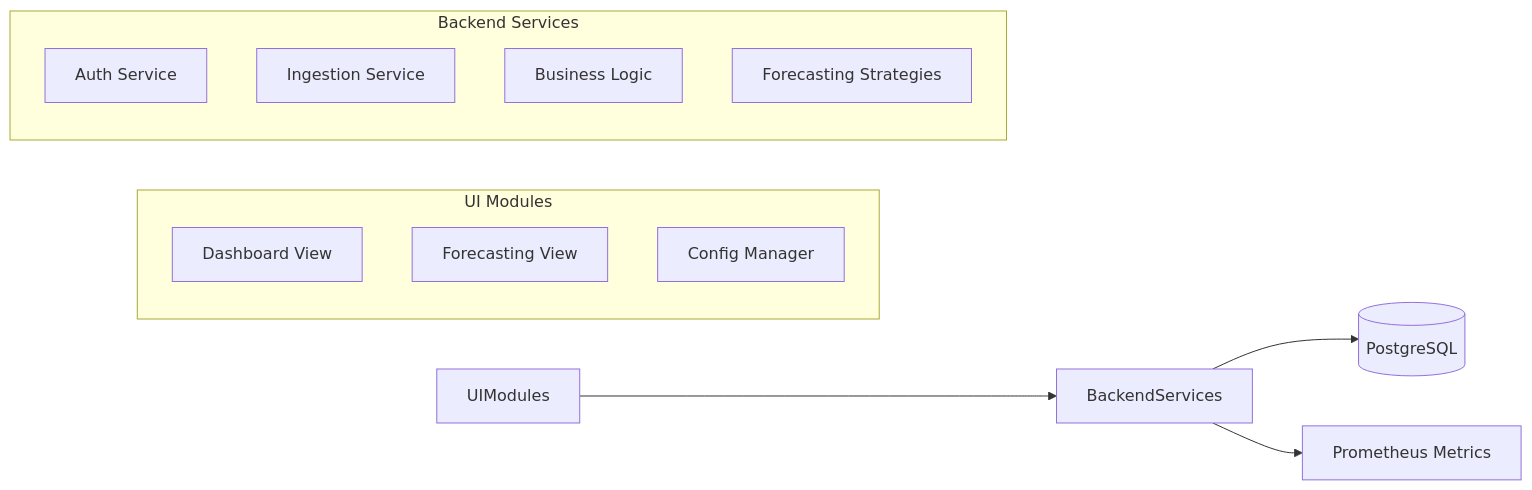
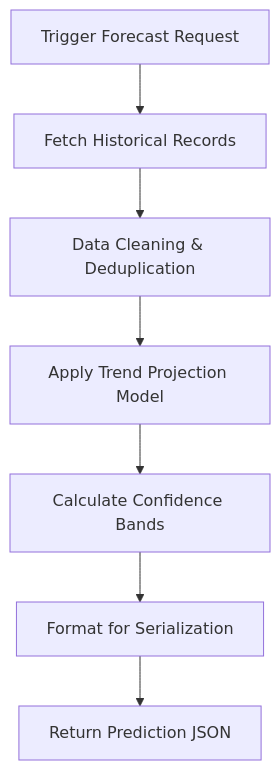
Before and after one commit to Devopstrio/capacity-forecast-dashboard: the third of 6 diagrams in README.md, drawn with Mermaid. The commit also changed other lines of this file, not shown here.

Commit message:
docs: expand readme with detailed architecture diagrams and workflow deep-dives

````diff
--- a/README.md
+++ b/README.md
@@ -48,17 +88,9 @@
 ```mermaid
-graph LR
-    subgraph "UI Modules"
-        Dash[Dashboard View]
-        Forecast[Forecasting View]
-        Config[Config Manager]
-    end
-    subgraph "Backend Services"
-        Auth[Auth Service]
-        Ingest[Ingestion Service]
-        Logic[Business Logic]
-        Algo[Forecasting Strategies]
-    end
-    UIModules --> BackendServices
-    BackendServices --> DB[(PostgreSQL)]
-    BackendServices --> Metrics[Prometheus Metrics]
+graph TD
+    Start[Trigger Forecast Request] --> Fetch[Fetch Historical Records]
+    Fetch --> Clean[Data Cleaning & Deduplication]
+    Clean --> Model[Apply Trend Projection Model]
+    Model --> Confidence[Calculate Confidence Bands]
+    Confidence --> Format[Format for Serialization]
+    Format --> Result[Return Prediction JSON]
 ```
````
